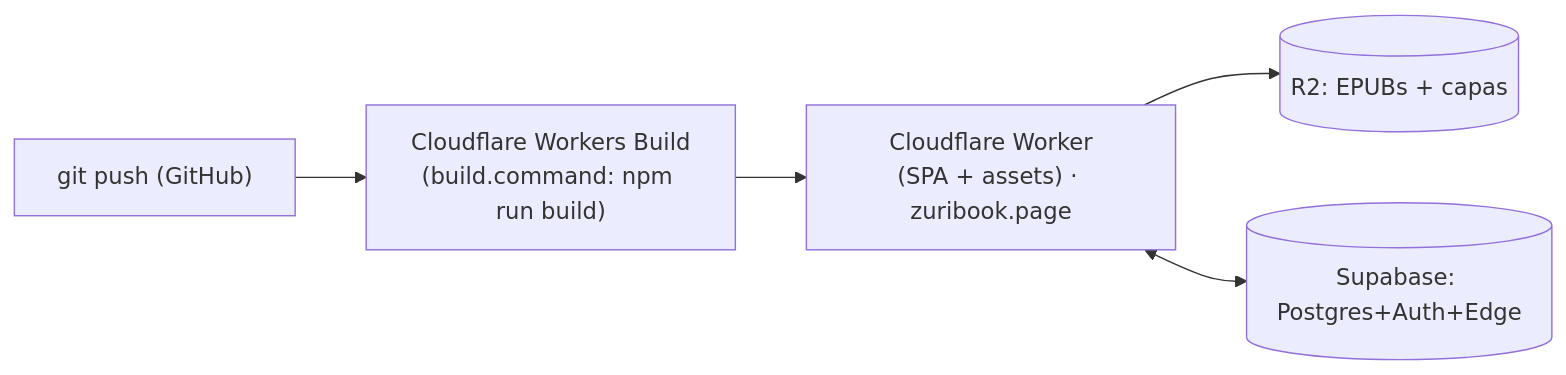
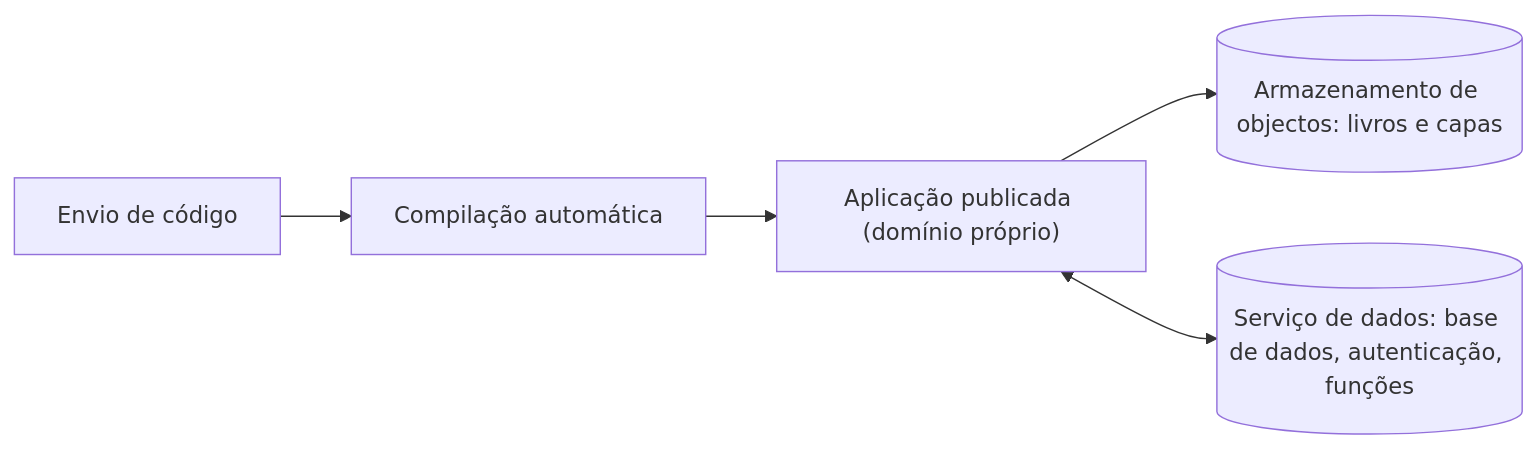
Before and after one commit to juniorclesionguni-source/zuri: the tenth of 10 diagrams in docs/RELATORIO.md, drawn with Mermaid. The commit also changed other lines of this file and 8 other files, not shown here.

````diff
--- a/docs/RELATORIO.md
+++ b/docs/RELATORIO.md
@@ -422,7 +428,7 @@
 ```mermaid
 flowchart LR
-  Dev["git push (GitHub)"] --> CI["Cloudflare Workers Build\n(build.command: npm run build)"]
-  CI --> W["Cloudflare Worker\n(SPA + assets) · zuribook.page"]
-  W --> R2[("R2: EPUBs + capas")]
-  W <--> SB[("Supabase: Postgres+Auth+Edge")]
+  Dev["Envio de código"] --> CI["Compilação automática"]
+  CI --> W["Aplicação publicada (domínio próprio)"]
+  W --> R2[("Armazenamento de objectos: livros e capas")]
+  W <--> SB[("Serviço de dados: base de dados, autenticação, funções")]
 ```
````
